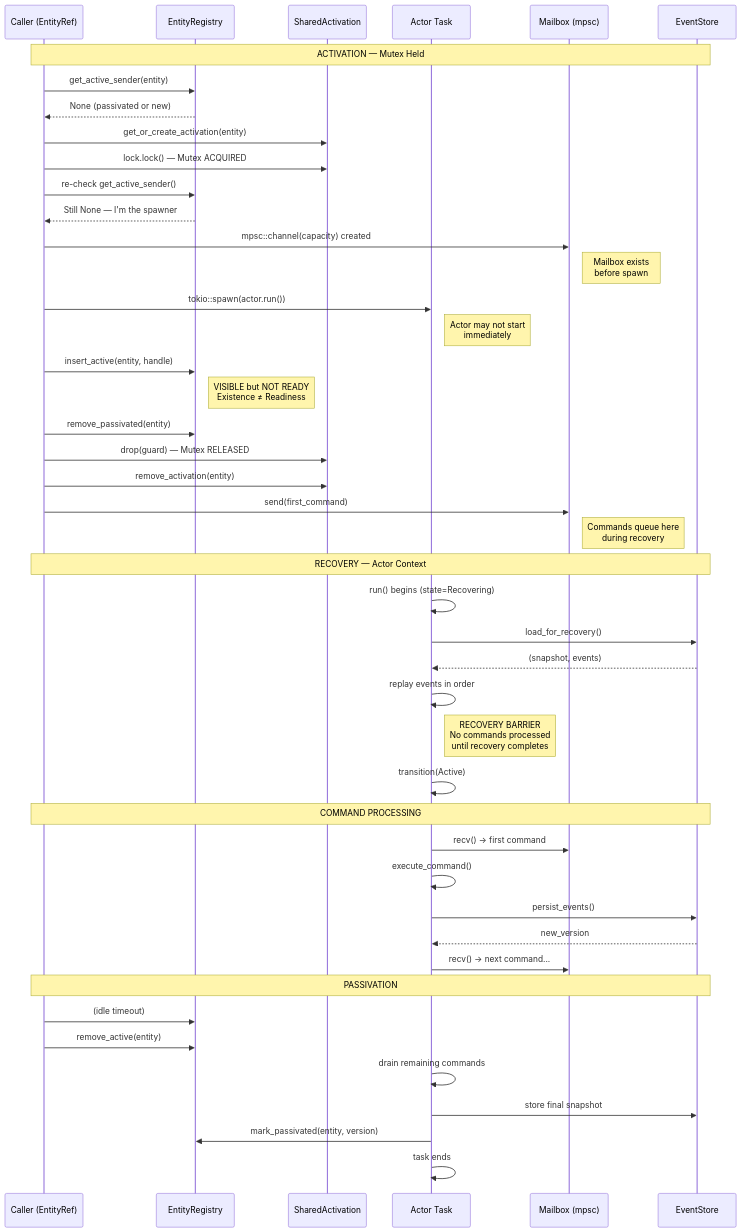
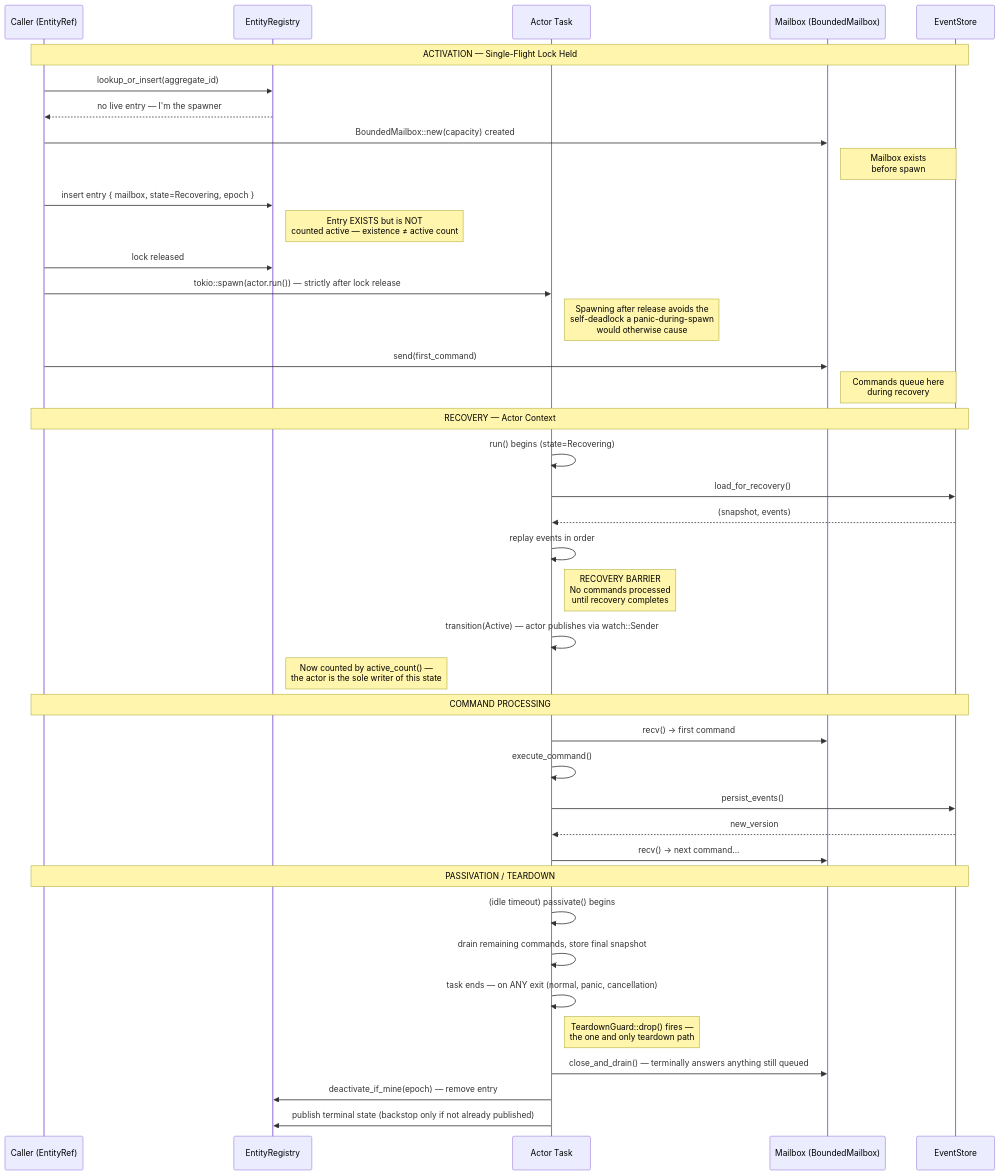
One commit to pablogore/ego-rs changed the third of 3 diagrams in ARCHITECTURE.md. Above: the diagram before and after it, drawn with Mermaid. The commit also changed other lines of this file and 1 other file, not shown here.

Commit message:
docs(ARCHITECTURE): align persistent-entity runtime diagrams with the shipped implementation (ADR-007)
Updates the Registry & Activation subgraph, infrastructure subgraph,
edges, activation-ordering sequence diagram, state table, and key
design invariants to describe the actual registry-map single-flight +
TeardownGuard implementation from Phases 1-6, replacing the aspirational
SharedActivation/Supervisor design that was never wired in and has
since been deleted. Also drops both dead files from the crate layout
listing.

TASK-025..030 — CORE-006A Phase 7, final phase of this change.

````diff
--- a/ARCHITECTURE.md
+++ b/ARCHITECTURE.md
@@ -171,51 +166,46 @@
 ```mermaid
 sequenceDiagram
     participant C as Caller (EntityRef)
     participant R as EntityRegistry
-    participant A as SharedActivation
     participant T as Actor Task
-    participant M as Mailbox (mpsc)
+    participant M as Mailbox (BoundedMailbox)
     participant P as EventStore
 
-    Note over C,P: ACTIVATION — Mutex Held
-    C->>R: get_active_sender(entity)
-    R-->>C: None (passivated or new)
-    C->>A: get_or_create_activation(entity)
-    C->>A: lock.lock() — Mutex ACQUIRED
-    C->>R: re-check get_active_sender()
-    R-->>C: Still None — I'm the spawner
-    C->>M: mpsc::channel(capacity) created
+    Note over C,P: ACTIVATION — Single-Flight Lock Held
+    C->>R: lookup_or_insert(aggregate_id)
+    R-->>C: no live entry — I'm the spawner
+    C->>M: BoundedMailbox::new(capacity) created
     Note right of M: Mailbox exists<br/>before spawn
-    C->>T: tokio::spawn(actor.run())
-    Note right of T: Actor may not start<br/>immediately
-    C->>R: insert_active(entity, handle)
-    Note right of R: VISIBLE but NOT READY<br/>Existence ≠ Readiness
-    C->>R: remove_passivated(entity)
-    C->>A: drop(guard) — Mutex RELEASED
-    C->>A: remove_activation(entity)
+    C->>R: insert entry { mailbox, state=Recovering, epoch }
+    Note right of R: Entry EXISTS but is NOT<br/>counted active — existence ≠ active count
+    C->>R: lock released
+    C->>T: tokio::spawn(actor.run()) — strictly after lock release
+    Note right of T: Spawning after release avoids the<br/>self-deadlock a panic-during-spawn<br/>would otherwise cause
     C->>M: send(first_command)
     Note right of M: Commands queue here<br/>during recovery
 
     Note over C,P: RECOVERY — Actor Context
     T->>T: run() begins (state=Recovering)
     T->>P: load_for_recovery()
     P-->>T: (snapshot, events)
     T->>T: replay events in order
     Note right of T: RECOVERY BARRIER<br/>No commands processed<br/>until recovery completes
-    T->>T: transition(Active)
+    T->>T: transition(Active) — actor publishes via watch::Sender
+    Note right of R: Now counted by active_count() —<br/>the actor is the sole writer of this state
 
     Note over C,P: COMMAND PROCESSING
     T->>M: recv() → first command
     T->>T: execute_command()
     T->>P: persist_events()
     P-->>T: new_version
     T->>M: recv() → next command...
 
-    Note over C,P: PASSIVATION
-    C->>R: (idle timeout)
-    C->>R: remove_active(entity)
-    T->>T: drain remaining commands
-    T->>P: store final snapshot
-    T->>R: mark_passivated(entity, version)
-    T->>T: task ends
+    Note over C,P: PASSIVATION / TEARDOWN
+    T->>T: (idle timeout) passivate() begins
+    T->>T: drain remaining commands, store final snapshot
+    T->>T: task ends — on ANY exit (normal, panic, cancellation)
+    Note right of T: TeardownGuard::drop() fires —<br/>the one and only teardown path
+    T->>M: close_and_drain() — terminally answers anything still queued
+    T->>R: deactivate_if_mine(epoch) — remove entry
+    T->>R: publish terminal state (backstop only if not already published)
 ```
````
